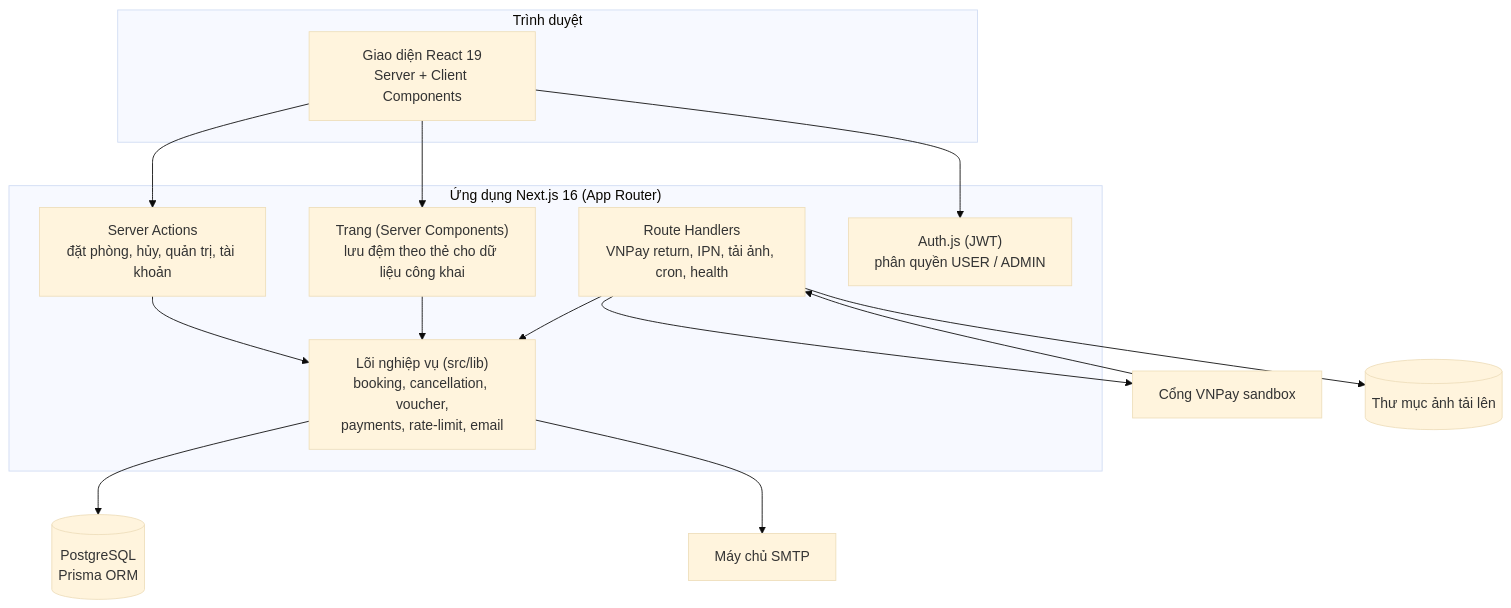
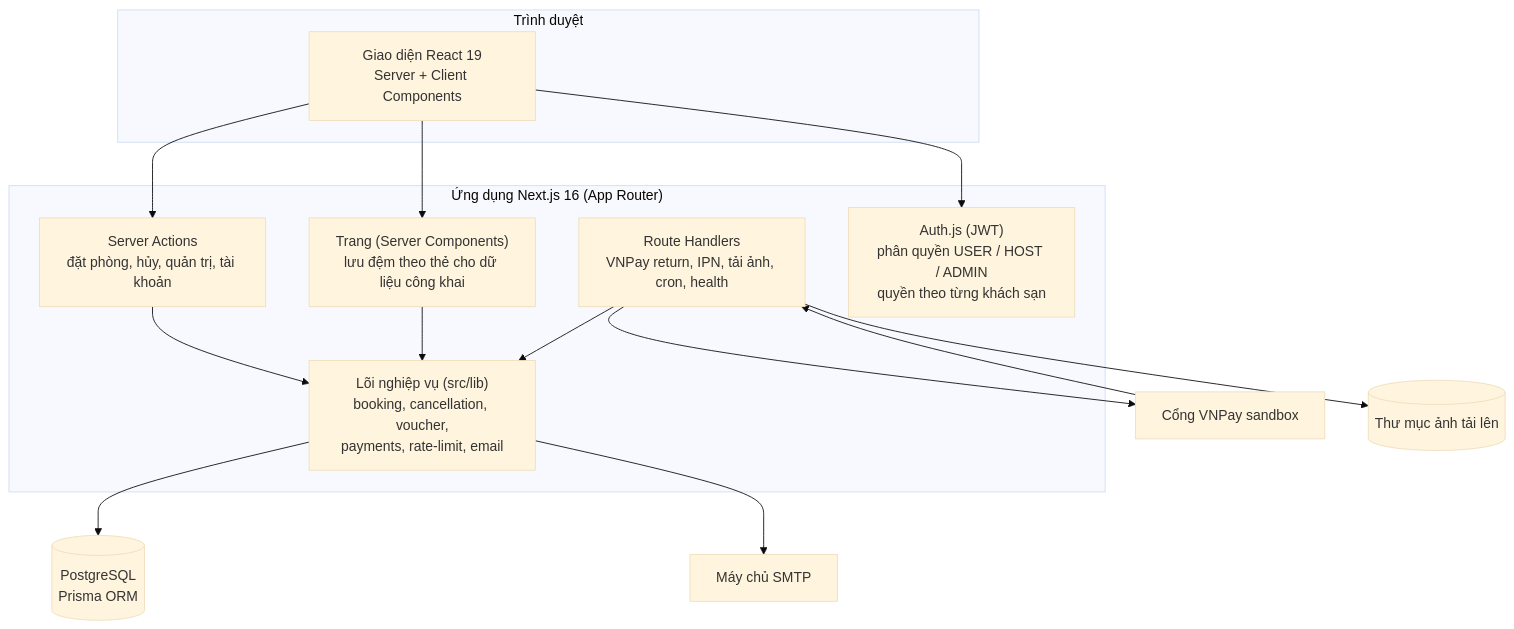
Before and after one commit to ongtrumphuong/TTTN_Booking_Hotel: the tenth of 10 diagrams in docs/SO_DO_BAO_CAO.md, drawn with Mermaid (base theme). The commit also changed other lines of this file and 45 other files, not shown here.

````diff
--- a/docs/SO_DO_BAO_CAO.md
+++ b/docs/SO_DO_BAO_CAO.md
@@ -350,31 +469,31 @@
 ```mermaid
 flowchart TB
   subgraph Client ["Trình duyệt"]
     UI["Giao diện React 19<br/>Server + Client Components"]
   end
 
   subgraph App ["Ứng dụng Next.js 16 (App Router)"]
     P["Trang (Server Components)<br/>lưu đệm theo thẻ cho dữ liệu công khai"]
     SA["Server Actions<br/>đặt phòng, hủy, quản trị, tài khoản"]
     API["Route Handlers<br/>VNPay return, IPN, tải ảnh, cron, health"]
     L["Lõi nghiệp vụ (src/lib)<br/>booking, cancellation, voucher,<br/>payments, rate-limit, email"]
-    AU["Auth.js (JWT)<br/>phân quyền USER / ADMIN"]
+    AU["Auth.js (JWT)<br/>phân quyền USER / HOST / ADMIN<br/>quyền theo từng khách sạn"]
   end
 
   DB[("PostgreSQL<br/>Prisma ORM")]
   VN["Cổng VNPay sandbox"]
   SM["Máy chủ SMTP"]
   FS[("Thư mục ảnh tải lên")]
 
   UI --> P
   UI --> SA
   SA --> L
   P --> L
   API --> L
   UI --> AU
   L --> DB
   API --> VN
   VN --> API
   L --> SM
   API --> FS
 ```
````
